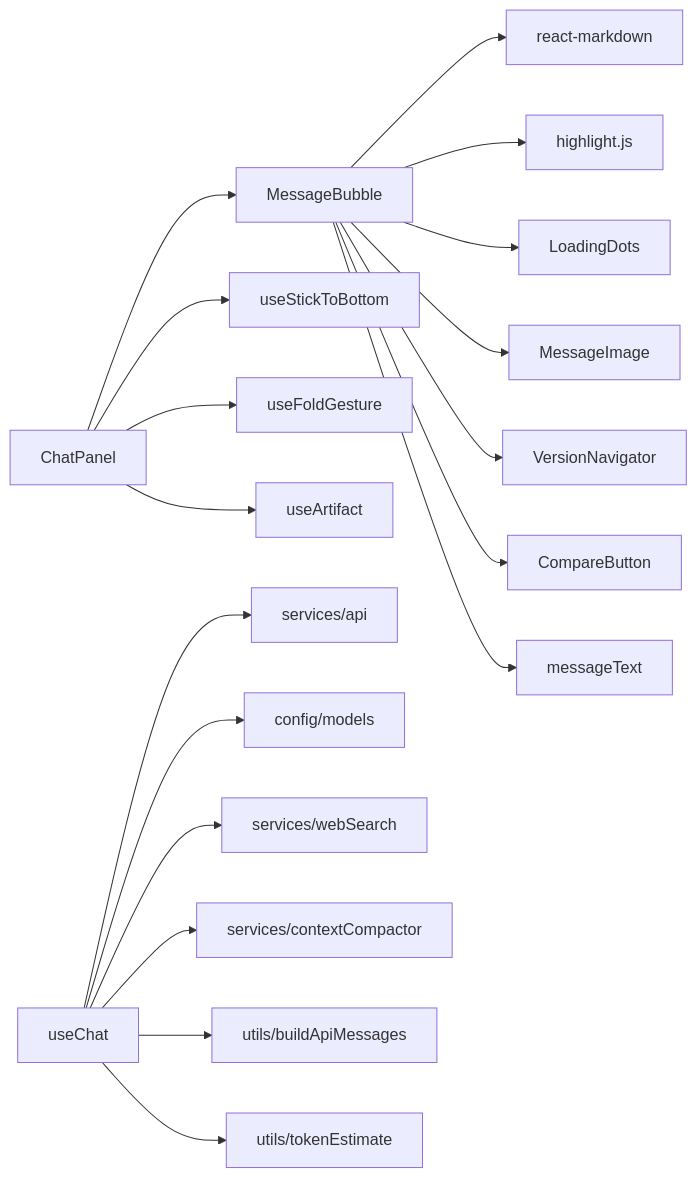
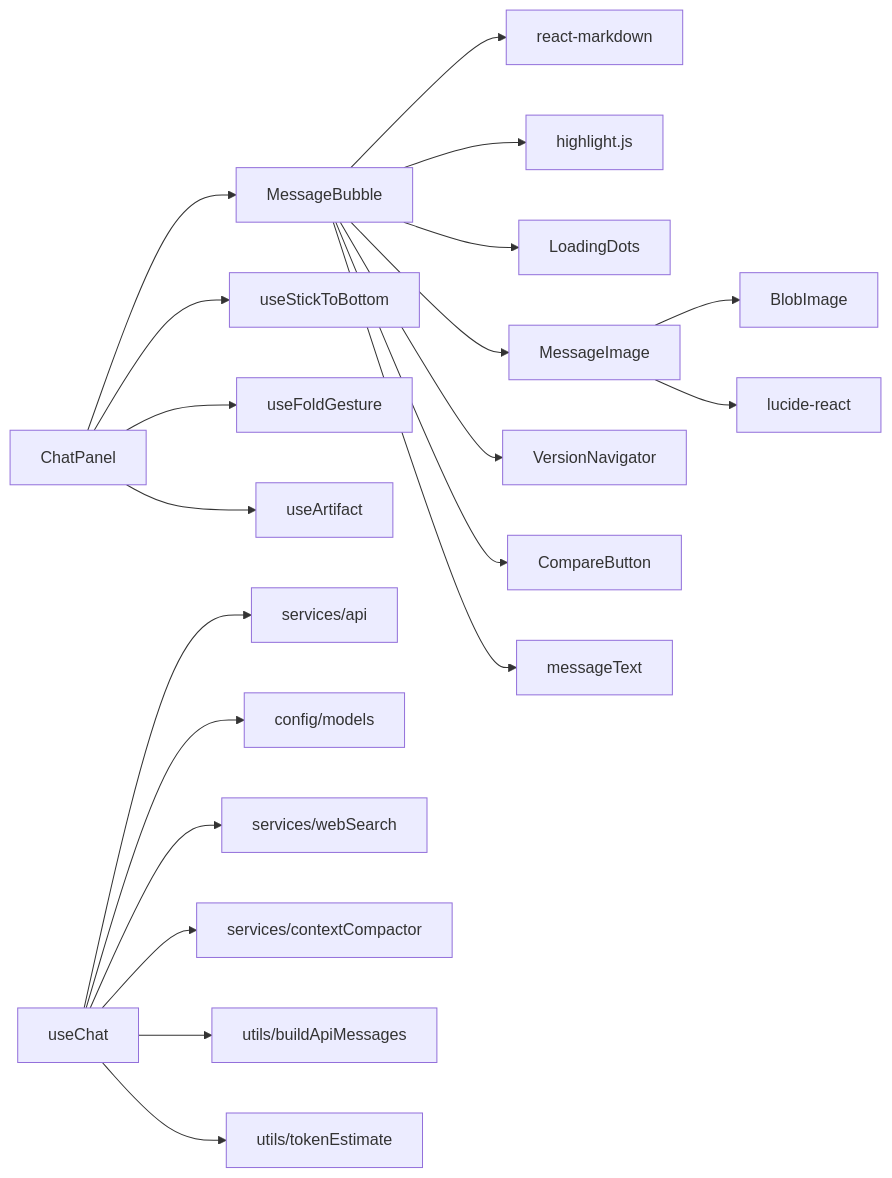
The eighth of 8 diagrams in .qoder/repowiki/zh/content/架构设计/组件架构设计/功能面板组件/聊天面板组件/消息渲染系统.md (billye220670/AIShop), drawn with Mermaid before and after one commit. The commit also changed other lines of this file and 30 other files, not shown here.

Commit message:
docs: 同步 repowiki 知识库重组（图片压缩工具与消息渲染模块文档）

````diff
--- a/.qoder/repowiki/zh/content/架构设计/组件架构设计/功能面板组件/聊天面板组件/消息渲染系统.md
+++ b/.qoder/repowiki/zh/content/架构设计/组件架构设计/功能面板组件/聊天面板组件/消息渲染系统.md
@@ -368,20 +453,22 @@
 ```mermaid
 graph LR
 MB["MessageBubble"] --> RM["react-markdown"]
 MB --> HL["highlight.js"]
 MB --> LD["LoadingDots"]
 MB --> MI["MessageImage"]
 MB --> VN["VersionNavigator"]
 MB --> CB["CompareButton"]
 MB --> UT["messageText"]
+MI --> BI["BlobImage"]
+MI --> IR["lucide-react"]
 CP["ChatPanel"] --> STB["useStickToBottom"]
 CP --> FG["useFoldGesture"]
 CP --> UA["useArtifact"]
 CP --> MB
 UC["useChat"] --> API["services/api"]
 UC --> CM["config/models"]
 UC --> WS["services/webSearch"]
 UC --> CC["services/contextCompactor"]
 UC --> BAM["utils/buildApiMessages"]
 UC --> TE["utils/tokenEstimate"]
 ```
````
